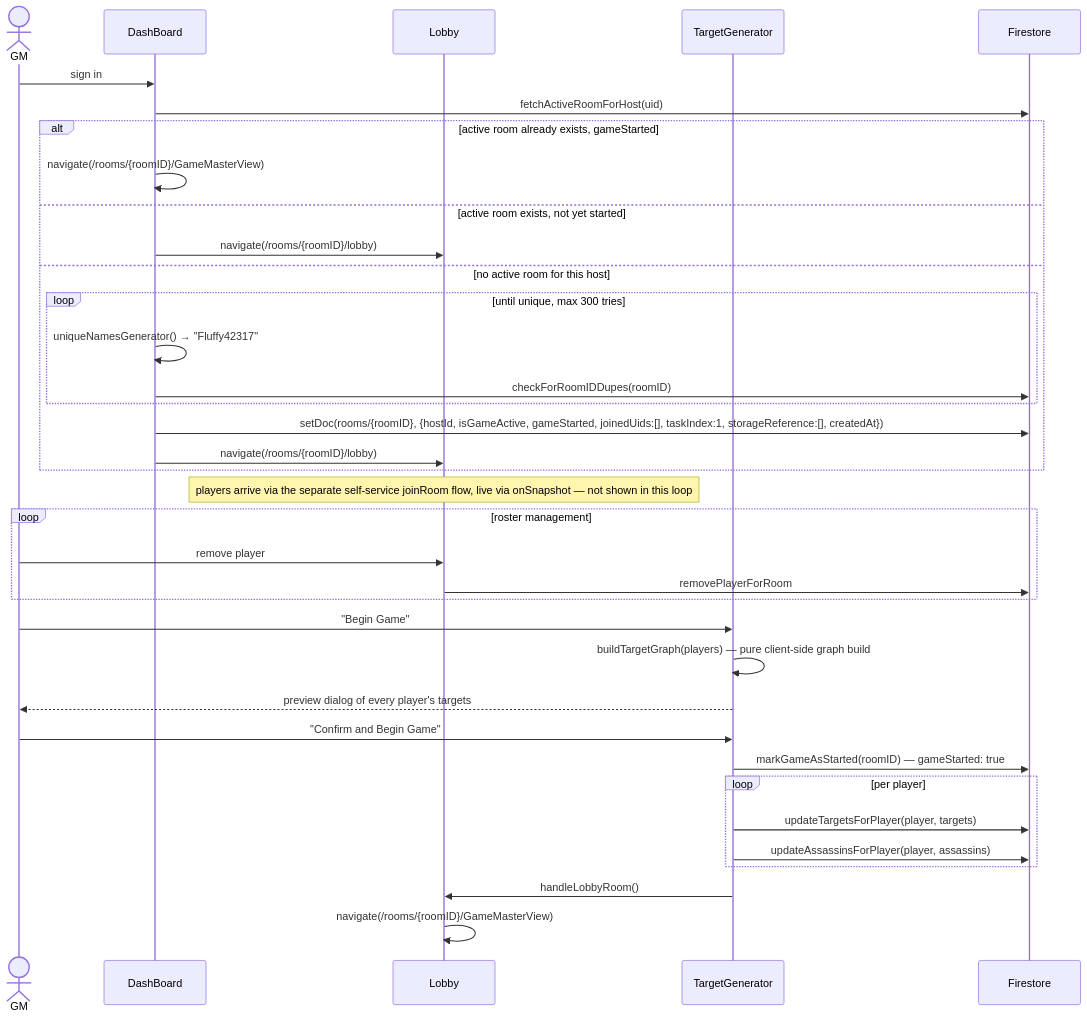
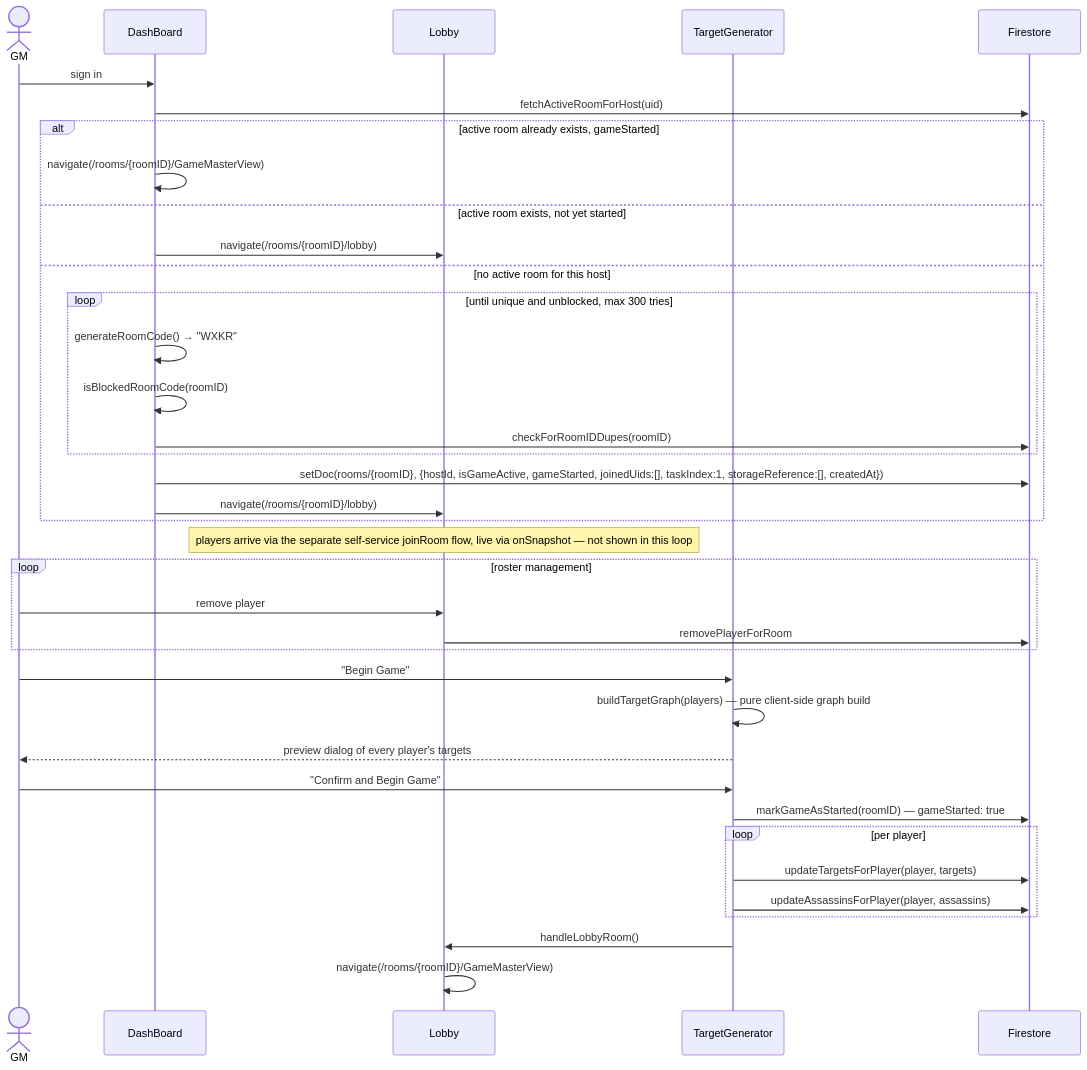
The first of 6 diagrams in docs/game-flows.md (allenthebosscoder/mall-mystery-heroes), drawn with Mermaid before and after one commit. The commit also changed 12 other files, not shown here.

````diff
--- a/docs/game-flows.md
+++ b/docs/game-flows.md
@@ -13,41 +13,42 @@
 ```mermaid
 sequenceDiagram
     actor GM
     participant DB as DashBoard
     participant Lobby
     participant TG as TargetGenerator
     participant FS as Firestore
 
     GM->>DB: sign in
     DB->>FS: fetchActiveRoomForHost(uid)
     alt active room already exists, gameStarted
         DB->>DB: navigate(/rooms/{roomID}/GameMasterView)
     else active room exists, not yet started
         DB->>Lobby: navigate(/rooms/{roomID}/lobby)
     else no active room for this host
-        loop until unique, max 300 tries
-            DB->>DB: uniqueNamesGenerator() → "Fluffy42317"
+        loop until unique and unblocked, max 300 tries
+            DB->>DB: generateRoomCode() → "WXKR"
+            DB->>DB: isBlockedRoomCode(roomID)
             DB->>FS: checkForRoomIDDupes(roomID)
         end
         DB->>FS: setDoc(rooms/{roomID}, {hostId, isGameActive, gameStarted, joinedUids:[], taskIndex:1, storageReference:[], createdAt})
         DB->>Lobby: navigate(/rooms/{roomID}/lobby)
     end
 
     Note over Lobby: players arrive via the separate self-service joinRoom flow, live via onSnapshot — not shown in this loop
     loop roster management
         GM->>Lobby: remove player
         Lobby->>FS: removePlayerForRoom
     end
 
     GM->>TG: "Begin Game"
     TG->>TG: buildTargetGraph(players) — pure client-side graph build
     TG-->>GM: preview dialog of every player's targets
     GM->>TG: "Confirm and Begin Game"
     TG->>FS: markGameAsStarted(roomID) — gameStarted: true
     loop per player
         TG->>FS: updateTargetsForPlayer(player, targets)
         TG->>FS: updateAssassinsForPlayer(player, assassins)
     end
     TG->>Lobby: handleLobbyRoom()
     Lobby->>Lobby: navigate(/rooms/{roomID}/GameMasterView)
 ```
````
